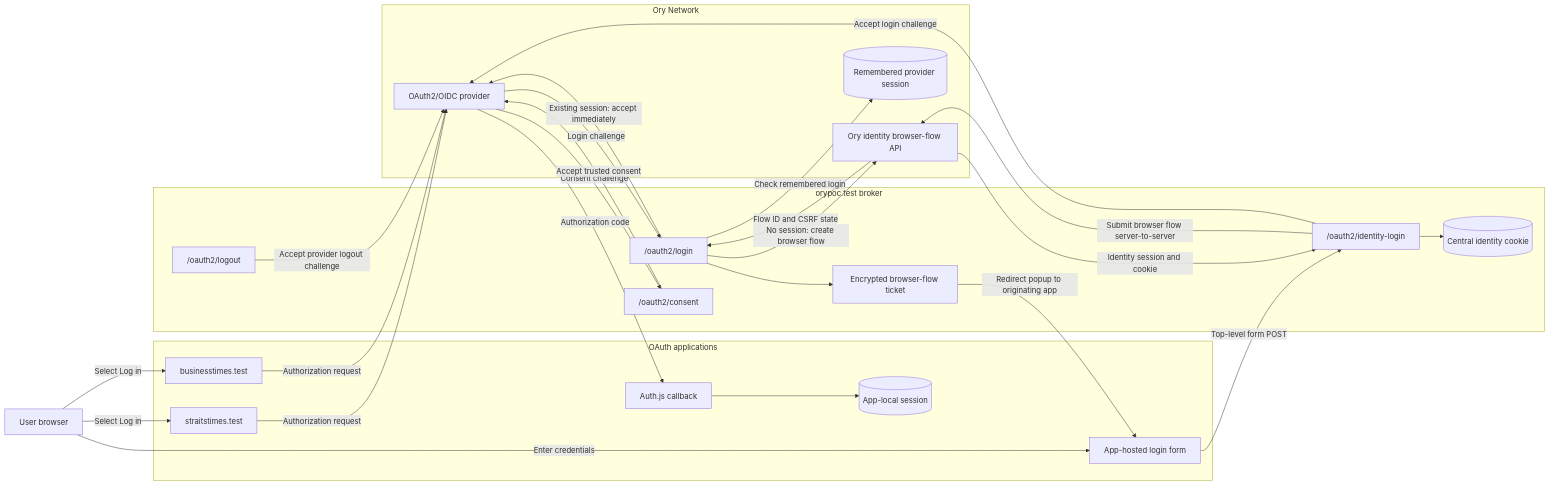
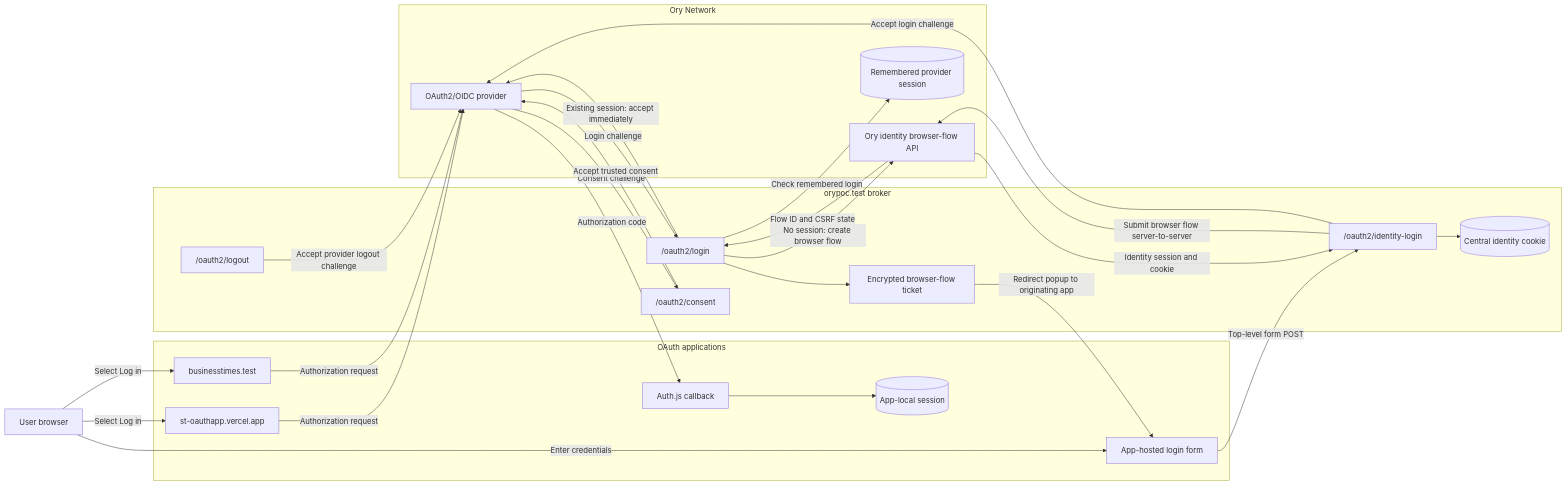
The second of 4 diagrams in SSO.md (blue-rigel/ory-poc), drawn with Mermaid before and after one commit. The commit also changed other lines of this file and 14 other files, not shown here.

````diff
--- a/SSO.md
+++ b/SSO.md
@@ -39,53 +39,53 @@
 ```mermaid
 flowchart LR
     User[User browser]
 
     subgraph Apps[OAuth applications]
-        ST[straitstimes.test]
+        ST[st-oauthapp.vercel.app]
         BT[businesstimes.test]
         AppForm[App-hosted login form]
         AuthJS[Auth.js callback]
         LocalSession[(App-local session)]
     end
 
     subgraph Broker[orypoc.test broker]
         LoginHandler["/oauth2/login"]
         FlowBroker["/oauth2/identity-login"]
         ConsentHandler["/oauth2/consent"]
         LogoutHandler["/oauth2/logout"]
         Ticket[Encrypted browser-flow ticket]
         CentralSession[(Central identity cookie)]
     end
 
     subgraph OryNetwork[Ory Network]
         OAuth[OAuth2/OIDC provider]
         Identity[Ory identity browser-flow API]
         ProviderSession[(Remembered provider session)]
     end
 
     User -->|Select Log in| ST
     User -->|Select Log in| BT
     ST -->|Authorization request| OAuth
     BT -->|Authorization request| OAuth
     OAuth -->|Login challenge| LoginHandler
     LoginHandler -->|Check remembered login| ProviderSession
 
     LoginHandler -->|No session: create browser flow| Identity
     Identity -->|Flow ID and CSRF state| LoginHandler
     LoginHandler --> Ticket
     Ticket -->|Redirect popup to originating app| AppForm
     User -->|Enter credentials| AppForm
     AppForm -->|Top-level form POST| FlowBroker
     FlowBroker -->|Submit browser flow server-to-server| Identity
     Identity -->|Identity session and cookie| FlowBroker
     FlowBroker --> CentralSession
     FlowBroker -->|Accept login challenge| OAuth
 
     LoginHandler -->|Existing session: accept immediately| OAuth
     OAuth -->|Consent challenge| ConsentHandler
     ConsentHandler -->|Accept trusted consent| OAuth
     OAuth -->|Authorization code| AuthJS
     AuthJS --> LocalSession
 
     LogoutHandler -->|Accept provider logout challenge| OAuth
 ```
````
